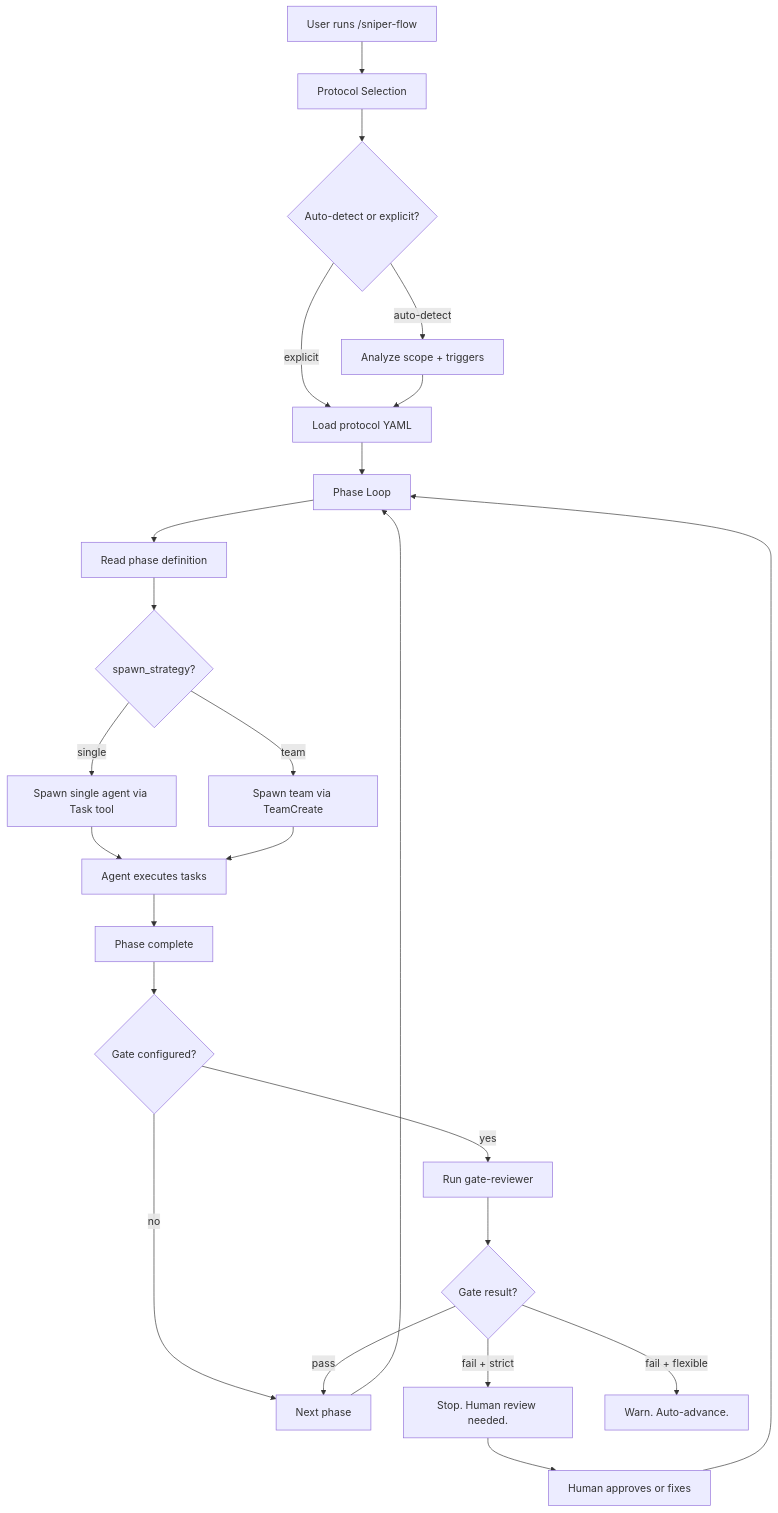
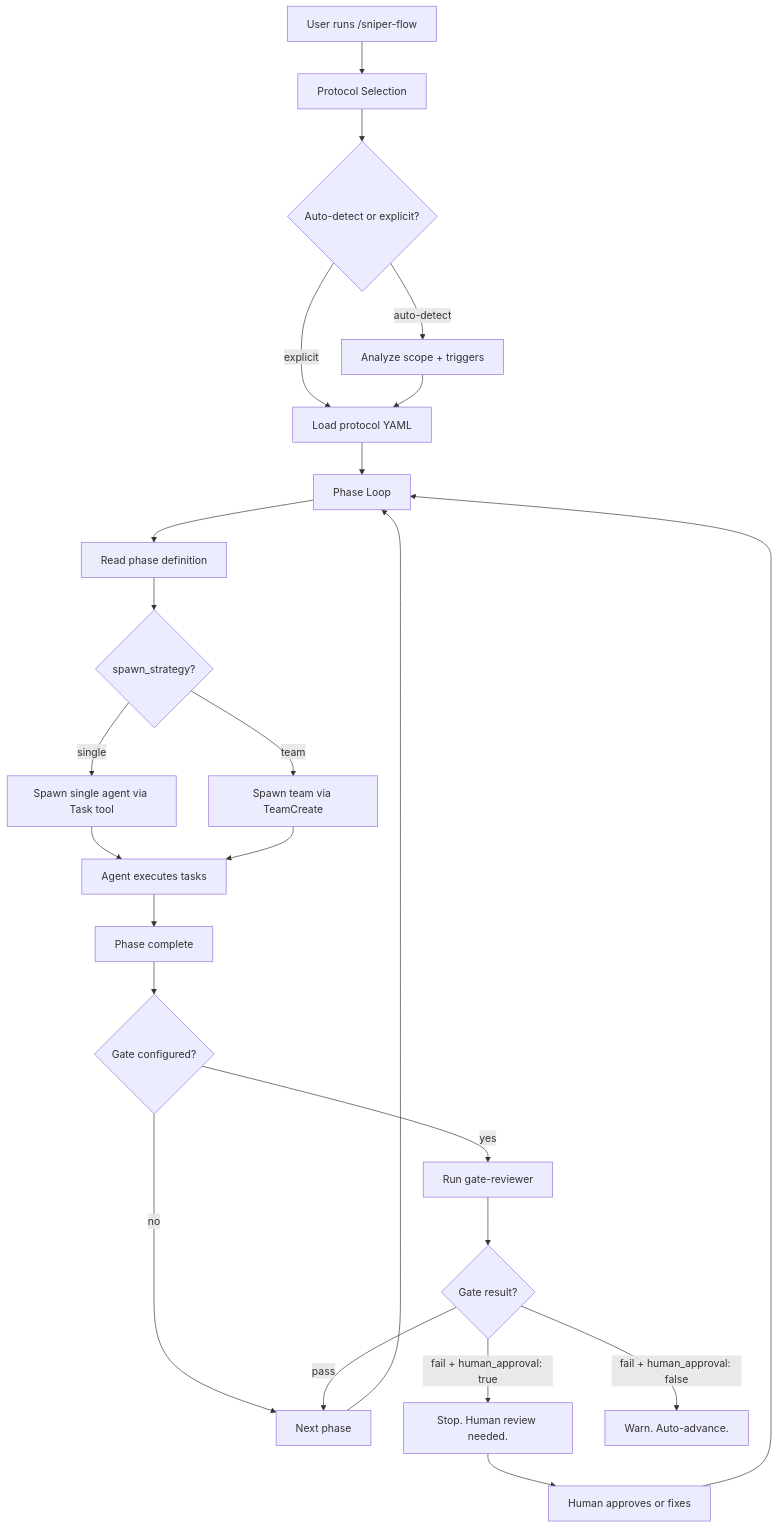
The diagram in packages/docs/guide/architecture.md (virkt25/sniper), drawn with Mermaid before and after one commit. The commit also changed other lines of this file and 31 other files, not shown here.

````diff
--- a/packages/docs/guide/architecture.md
+++ b/packages/docs/guide/architecture.md
@@ -25,26 +25,26 @@
 ```mermaid
 flowchart TD
     A[User runs /sniper-flow] --> B[Protocol Selection]
     B --> C{Auto-detect or explicit?}
     C -->|explicit| D[Load protocol YAML]
     C -->|auto-detect| E[Analyze scope + triggers]
     E --> D
     D --> F[Phase Loop]
     F --> G[Read phase definition]
     G --> H{spawn_strategy?}
     H -->|single| I[Spawn single agent via Task tool]
     H -->|team| J[Spawn team via TeamCreate]
     I --> K[Agent executes tasks]
     J --> K
     K --> L[Phase complete]
     L --> M{Gate configured?}
     M -->|yes| N[Run gate-reviewer]
     M -->|no| P[Next phase]
     N --> O{Gate result?}
     O -->|pass| P
-    O -->|fail + strict| Q[Stop. Human review needed.]
-    O -->|fail + flexible| R[Warn. Auto-advance.]
+    O -->|fail + human_approval: true| Q[Stop. Human review needed.]
+    O -->|fail + human_approval: false| R[Warn. Auto-advance.]
     P --> F
     Q --> S[Human approves or fixes]
     S --> F
 ```
````
